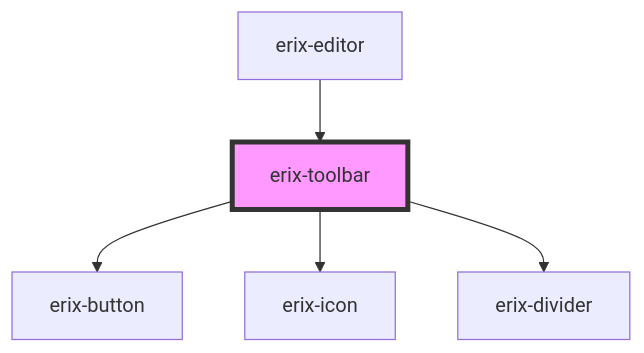
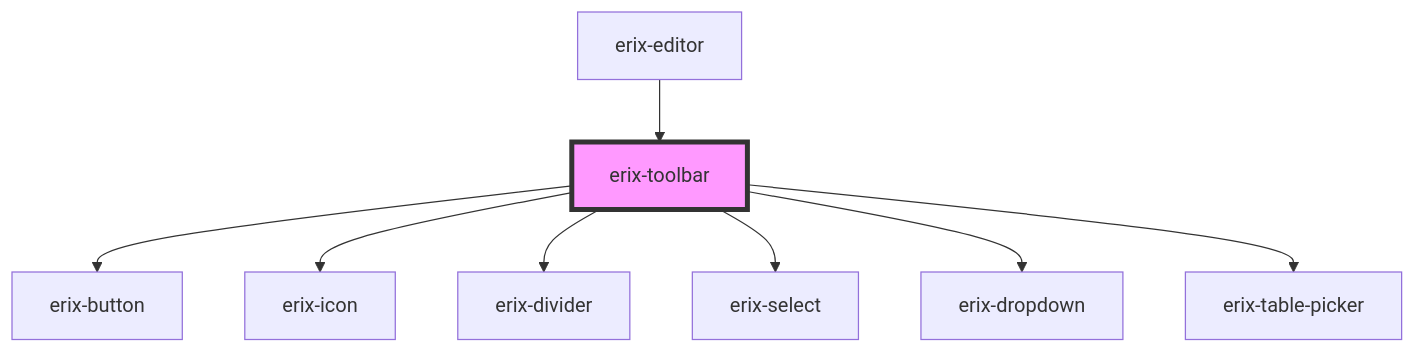
The diagram in src/components/toolbar/readme.md (NopeThisIsShini/erix_editor), drawn with Mermaid before and after one commit. The commit also changed other lines of this file and 10 other files, not shown here.

````diff
--- a/src/components/toolbar/readme.md
+++ b/src/components/toolbar/readme.md
@@ -51,8 +49,11 @@
 ```mermaid
 graph TD;
   erix-toolbar --> erix-button
   erix-toolbar --> erix-icon
   erix-toolbar --> erix-divider
+  erix-toolbar --> erix-select
+  erix-toolbar --> erix-dropdown
+  erix-toolbar --> erix-table-picker
   erix-editor --> erix-toolbar
   style erix-toolbar fill:#f9f,stroke:#333,stroke-width:4px
 ```
````
